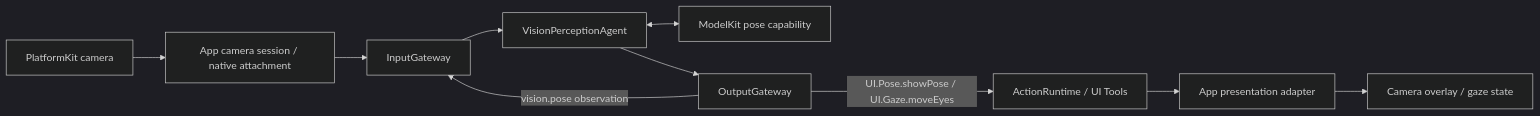
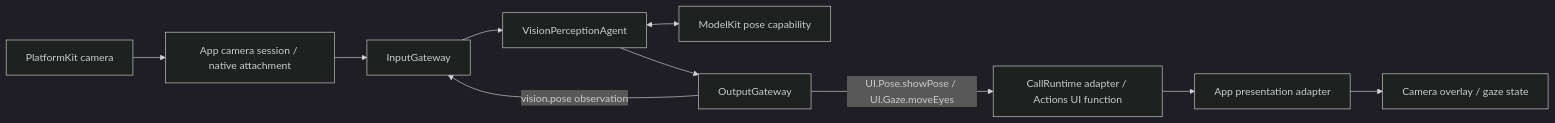
Before and after one commit to devilyouwei/MobileHarness: diagram 11 of 15 in MobileHarness/README.md, drawn with Mermaid (dark theme). The commit also changed other lines of this file and 238 other files, not shown here.

First line of the commit message:
Separate callable Actions from Gateway execution and call protocols

````diff
--- a/MobileHarness/README.md
+++ b/MobileHarness/README.md
@@ -576,12 +596,12 @@
 ```mermaid
 flowchart LR
     Camera[PlatformKit camera] --> Host[App camera session / native attachment]
     Host --> Input[InputGateway]
     Input --> Vision[VisionPerceptionAgent]
     Vision <--> Pose[ModelKit pose capability]
     Vision --> Output[OutputGateway]
     Output -->|vision.pose observation| Input
-    Output -->|UI.Pose.showPose / UI.Gaze.moveEyes| Tools[ActionRuntime / UI Tools]
+    Output -->|UI.Pose.showPose / UI.Gaze.moveEyes| Tools[CallRuntime adapter / Actions UI function]
     Tools --> Adapter[App presentation adapter]
     Adapter --> UI[Camera overlay / gaze state]
 ```
````
